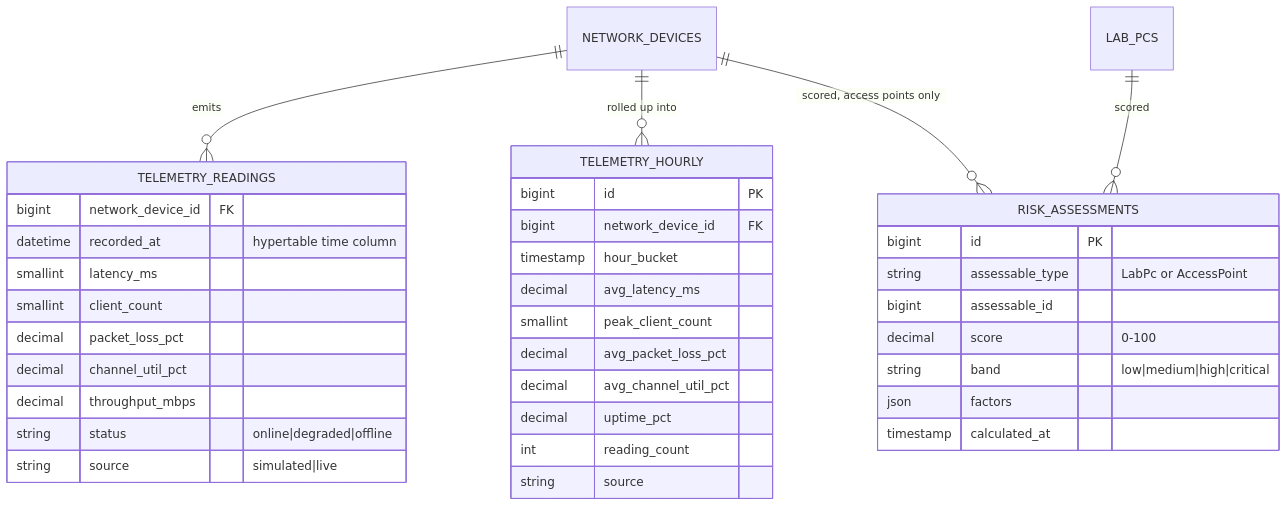
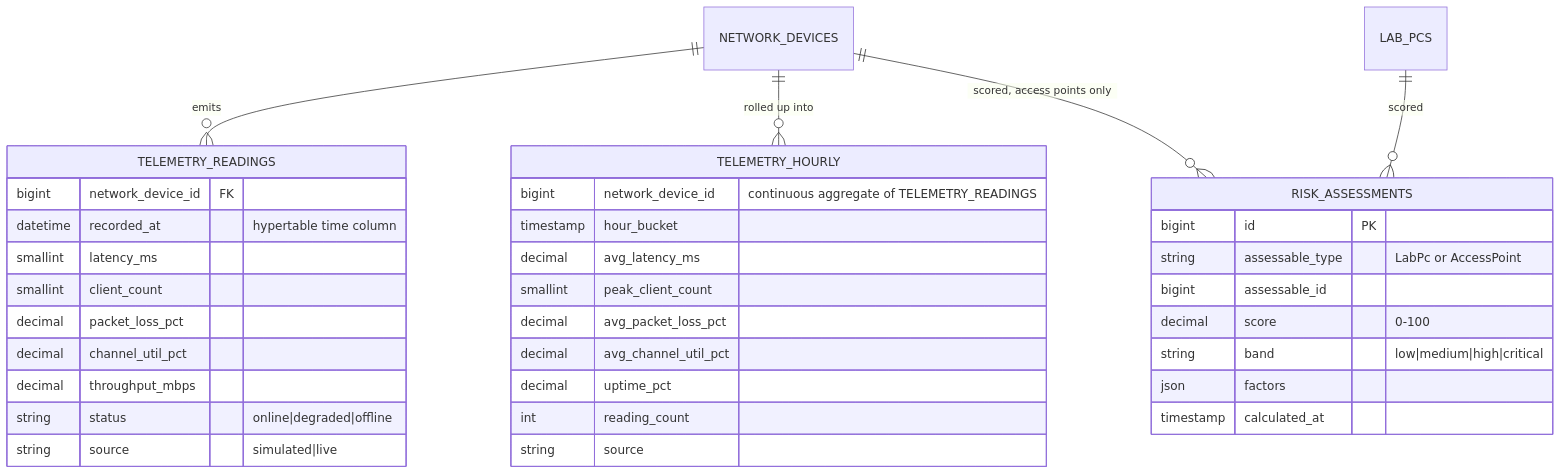
The third of 3 diagrams in docs/04-database.md (phone292025/atlas-netcare), drawn with Mermaid before and after one commit. The commit also changed other lines of this file and 32 other files, not shown here.

````diff
--- a/docs/04-database.md
+++ b/docs/04-database.md
@@ -272,40 +272,39 @@
 ```mermaid
 erDiagram
     NETWORK_DEVICES ||--o{ TELEMETRY_READINGS : emits
     NETWORK_DEVICES ||--o{ TELEMETRY_HOURLY : "rolled up into"
     NETWORK_DEVICES ||--o{ RISK_ASSESSMENTS : "scored, access points only"
     LAB_PCS ||--o{ RISK_ASSESSMENTS : scored
 
     TELEMETRY_READINGS {
         bigint network_device_id FK
         datetime recorded_at "hypertable time column"
         smallint latency_ms
         smallint client_count
         decimal packet_loss_pct
         decimal channel_util_pct
         decimal throughput_mbps
         string status "online|degraded|offline"
         string source "simulated|live"
     }
     TELEMETRY_HOURLY {
-        bigint id PK
-        bigint network_device_id FK
+        bigint network_device_id "continuous aggregate of TELEMETRY_READINGS"
         timestamp hour_bucket
         decimal avg_latency_ms
         smallint peak_client_count
         decimal avg_packet_loss_pct
         decimal avg_channel_util_pct
         decimal uptime_pct
         int reading_count
         string source
     }
     RISK_ASSESSMENTS {
         bigint id PK
         string assessable_type "LabPc or AccessPoint"
         bigint assessable_id
         decimal score "0-100"
         string band "low|medium|high|critical"
         json factors
         timestamp calculated_at
     }
 ```
````
